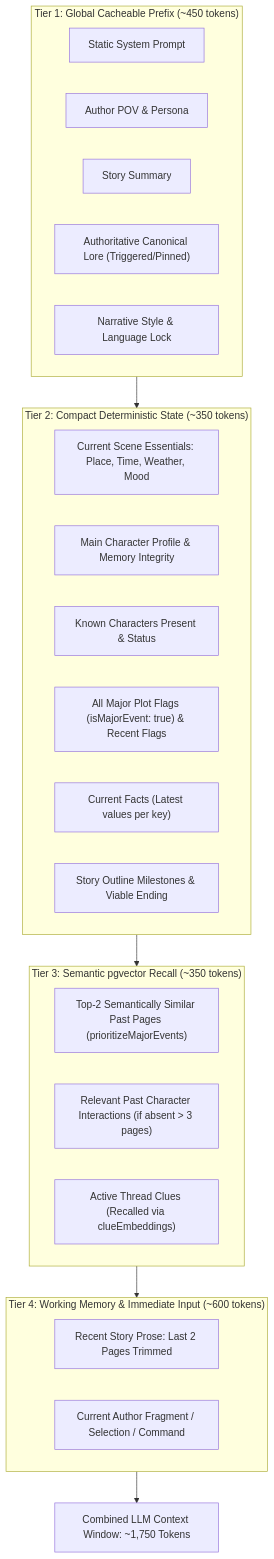
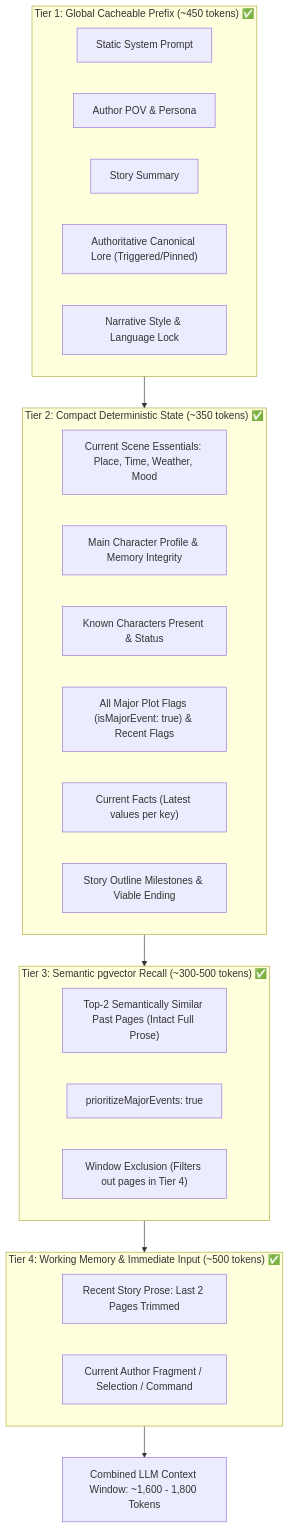
The diagram in docs/roadmap/PEN_SEMANTIC_MEMORY_AND_STATE_ENHANCEMENT_ROADMAP.md (txufiknr/Twistloom-backend), drawn with Mermaid before and after one commit. The commit also changed other lines of this file and 6 other files, not shown here.

Commit message:
refactor(pen): semantic memory & state enhancement

````diff
--- a/docs/roadmap/PEN_SEMANTIC_MEMORY_AND_STATE_ENHANCEMENT_ROADMAP.md
+++ b/docs/roadmap/PEN_SEMANTIC_MEMORY_AND_STATE_ENHANCEMENT_ROADMAP.md
@@ -89,32 +54,32 @@
 ```mermaid
 flowchart TD
-    subgraph Tier1 ["Tier 1: Global Cacheable Prefix (~450 tokens)"]
+    subgraph Tier1 ["Tier 1: Global Cacheable Prefix (~450 tokens) ✅"]
         SP[Static System Prompt]
         POV[Author POV & Persona]
         SUM[Story Summary]
         LORE["Authoritative Canonical Lore (Triggered/Pinned)"]
         STYLE[Narrative Style & Language Lock]
     end
 
-    subgraph Tier2 ["Tier 2: Compact Deterministic State (~350 tokens)"]
+    subgraph Tier2 ["Tier 2: Compact Deterministic State (~350 tokens) ✅"]
         SCENE[Current Scene Essentials: Place, Time, Weather, Mood]
         MC[Main Character Profile & Memory Integrity]
         CAST[Known Characters Present & Status]
         MAJ["All Major Plot Flags (isMajorEvent: true) & Recent Flags"]
         FACTS["Current Facts (Latest values per key)"]
         OUTLINE[Story Outline Milestones & Viable Ending]
     end
 
-    subgraph Tier3 ["Tier 3: Semantic pgvector Recall (~350 tokens)"]
-        VEC_PAGE["Top-2 Semantically Similar Past Pages (prioritizeMajorEvents)"]
-        VEC_INT["Relevant Past Character Interactions (if absent > 3 pages)"]
-        VEC_CLUE["Active Thread Clues (Recalled via clueEmbeddings)"]
+    subgraph Tier3 ["Tier 3: Semantic pgvector Recall (~300-500 tokens) ✅"]
+        VEC_PAGE["Top-2 Semantically Similar Past Pages (Intact Full Prose)"]
+        PRIORITIZE["prioritizeMajorEvents: true"]
+        EXCLUDE["Window Exclusion (Filters out pages in Tier 4)"]
     end
 
-    subgraph Tier4 ["Tier 4: Working Memory & Immediate Input (~600 tokens)"]
+    subgraph Tier4 ["Tier 4: Working Memory & Immediate Input (~500 tokens) ✅"]
         PROSE[Recent Story Prose: Last 2 Pages Trimmed]
         DRAFT[Current Author Fragment / Selection / Command]
     end
 
-    Tier1 --> Tier2 --> Tier3 --> Tier4 --> PROMPT[Combined LLM Context Window: ~1,750 Tokens]
+    Tier1 --> Tier2 --> Tier3 --> Tier4 --> PROMPT[Combined LLM Context Window: ~1,600 - 1,800 Tokens]
 ```
````
